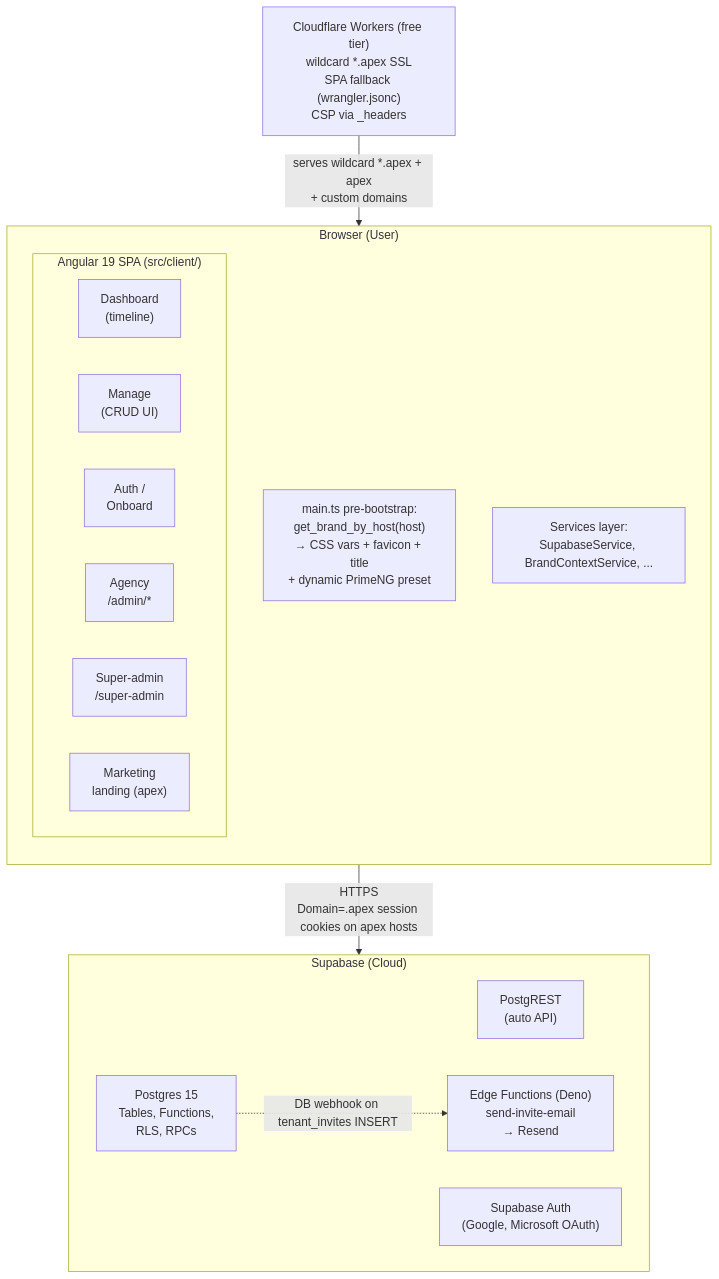
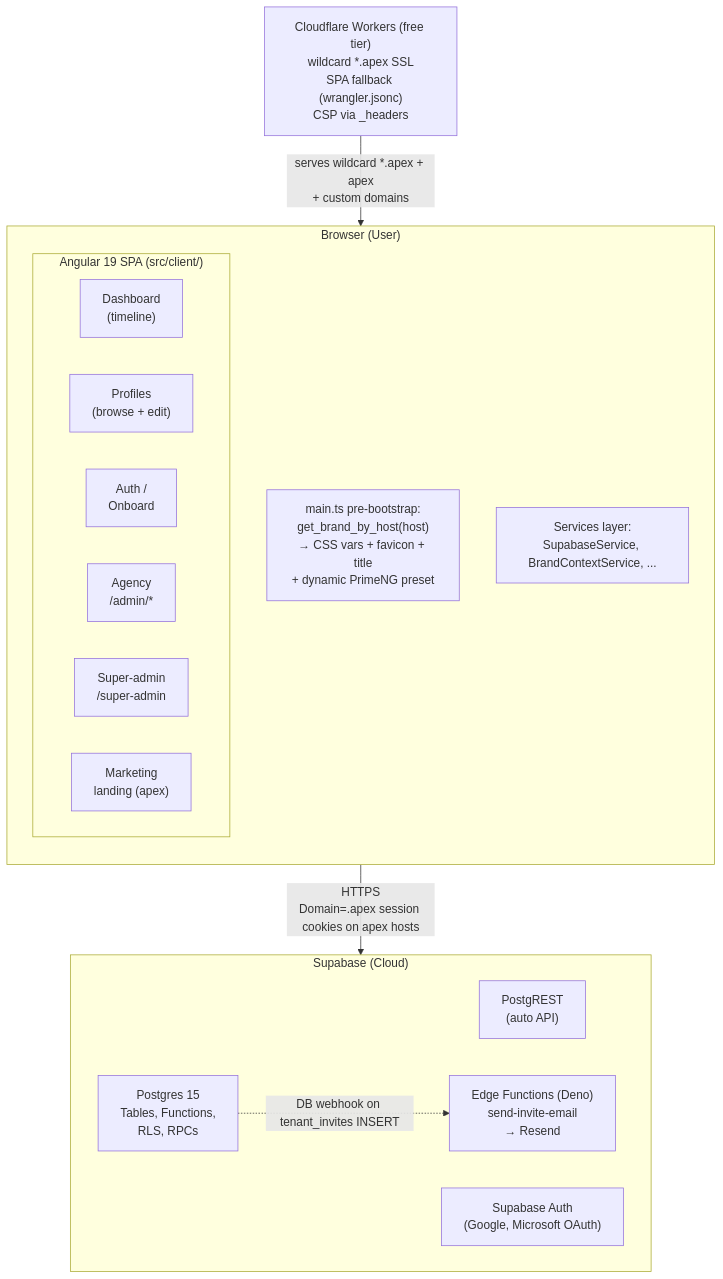
The first of 2 diagrams in docs/runbook/04-architecture-overview.md (clint-org/clint), drawn with Mermaid before and after one commit. The commit also changed 9 other files, not shown here.

Commit message:
docs(profiles): runbook route refs + architecture regen for Profiles/Reference rename

````diff
--- a/docs/runbook/04-architecture-overview.md
+++ b/docs/runbook/04-architecture-overview.md
@@ -9,31 +9,31 @@
 ```mermaid
 flowchart TB
   CF["Cloudflare Workers (free tier)<br/>wildcard *.apex SSL<br/>SPA fallback (wrangler.jsonc)<br/>CSP via _headers"]
 
   subgraph Browser["Browser (User)"]
     direction TB
     Bootstrap["main.ts pre-bootstrap:<br/>get_brand_by_host(host)<br/>→ CSS vars + favicon + title<br/>+ dynamic PrimeNG preset"]
     subgraph SPA["Angular 19 SPA (src/client/)"]
       direction LR
       Dashboard["Dashboard<br/>(timeline)"]
-      Manage["Manage<br/>(CRUD UI)"]
+      Profiles["Profiles<br/>(browse + edit)"]
       Auth["Auth /<br/>Onboard"]
       Agency["Agency<br/>/admin/*"]
       SuperAdmin["Super-admin<br/>/super-admin"]
       Marketing["Marketing<br/>landing (apex)"]
     end
     Services["Services layer:<br/>SupabaseService, BrandContextService, ..."]
   end
 
   subgraph Supabase["Supabase (Cloud)"]
     direction LR
     PostgREST["PostgREST<br/>(auto API)"]
     SAuth["Supabase Auth<br/>(Google, Microsoft OAuth)"]
     Postgres["Postgres 15<br/>Tables, Functions,<br/>RLS, RPCs"]
     EdgeFns["Edge Functions (Deno)<br/>send-invite-email<br/>→ Resend"]
   end
 
   CF -- "serves wildcard *.apex + apex<br/>+ custom domains" --> Browser
   Browser -- "HTTPS<br/>Domain=.apex session cookies on apex hosts" --> Supabase
   Postgres -. "DB webhook on tenant_invites INSERT" .-> EdgeFns
 ```
````
